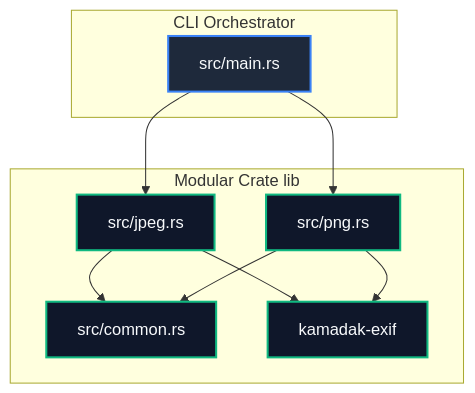
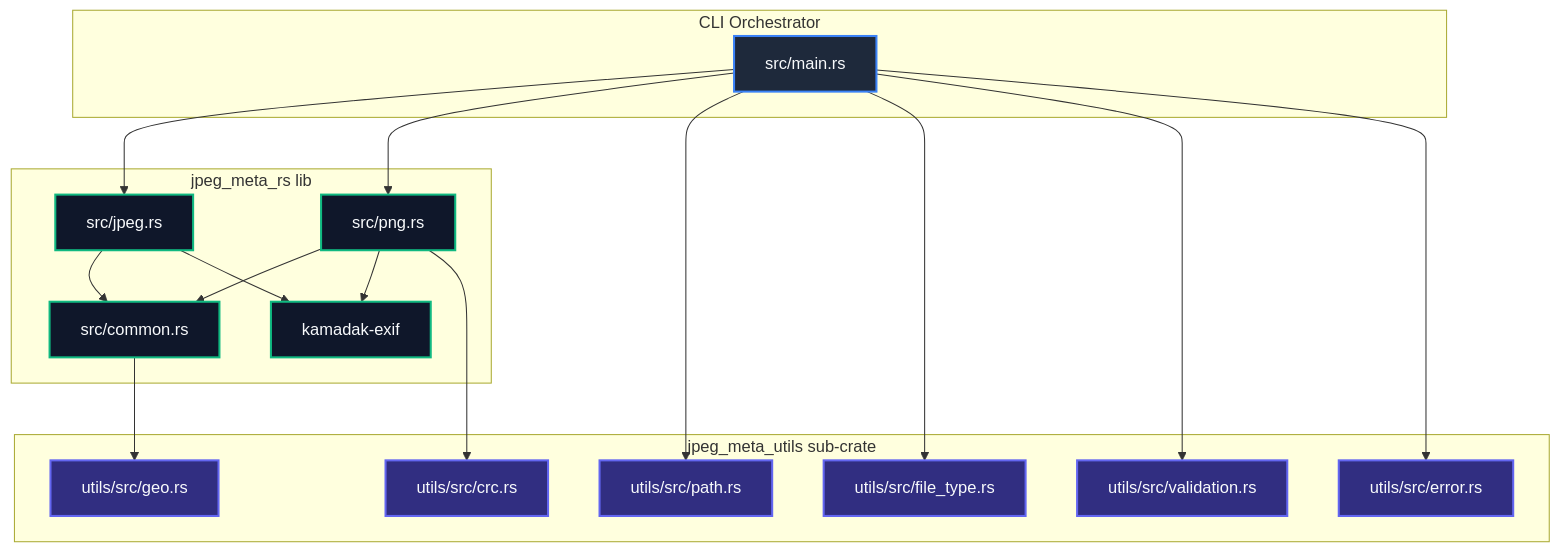
Before and after one commit to xuoxod/jpeg_meta_rs: the first of 3 diagrams in docs/ARCHITECTURE.md, drawn with Mermaid. The commit also changed other lines of this file, not shown here.

Commit message:
docs: document new cargo workspace members and utils sub-crate layout in architecture manual

````diff
--- a/docs/ARCHITECTURE.md
+++ b/docs/ARCHITECTURE.md
@@ -11,22 +13,34 @@
 ```mermaid
 graph TD
     subgraph Client [CLI Orchestrator]
         Main[src/main.rs]
     end
 
-    subgraph Library [Modular Crate lib]
+    subgraph Library [jpeg_meta_rs lib]
         Main --> JpegEngine[src/jpeg.rs]
         Main --> PngEngine[src/png.rs]
         
         JpegEngine --> Common[src/common.rs]
         PngEngine --> Common
         
         JpegEngine --> ExifCrate[kamadak-exif]
         PngEngine --> ExifCrate
     end
 
+    subgraph SubCrate [jpeg_meta_utils sub-crate]
+        Main --> PathVal[utils/src/path.rs]
+        Main --> FTVal[utils/src/file_type.rs]
+        Main --> ArgVal[utils/src/validation.rs]
+        Main --> ErrVal[utils/src/error.rs]
+        
+        PngEngine --> CrcVal[utils/src/crc.rs]
+        Common --> GeoVal[utils/src/geo.rs]
+    end
+
     classDef bin fill:#1e293b,stroke:#3b82f6,stroke-width:2px,color:#f8fafc;
     classDef lib fill:#0f172a,stroke:#10b981,stroke-width:2px,color:#f8fafc;
+    classDef util fill:#312e81,stroke:#6366f1,stroke-width:2px,color:#f8fafc;
     class Main bin;
     class JpegEngine,PngEngine,Common,ExifCrate lib;
+    class PathVal,FTVal,ArgVal,ErrVal,CrcVal,GeoVal util;
 ```
````
